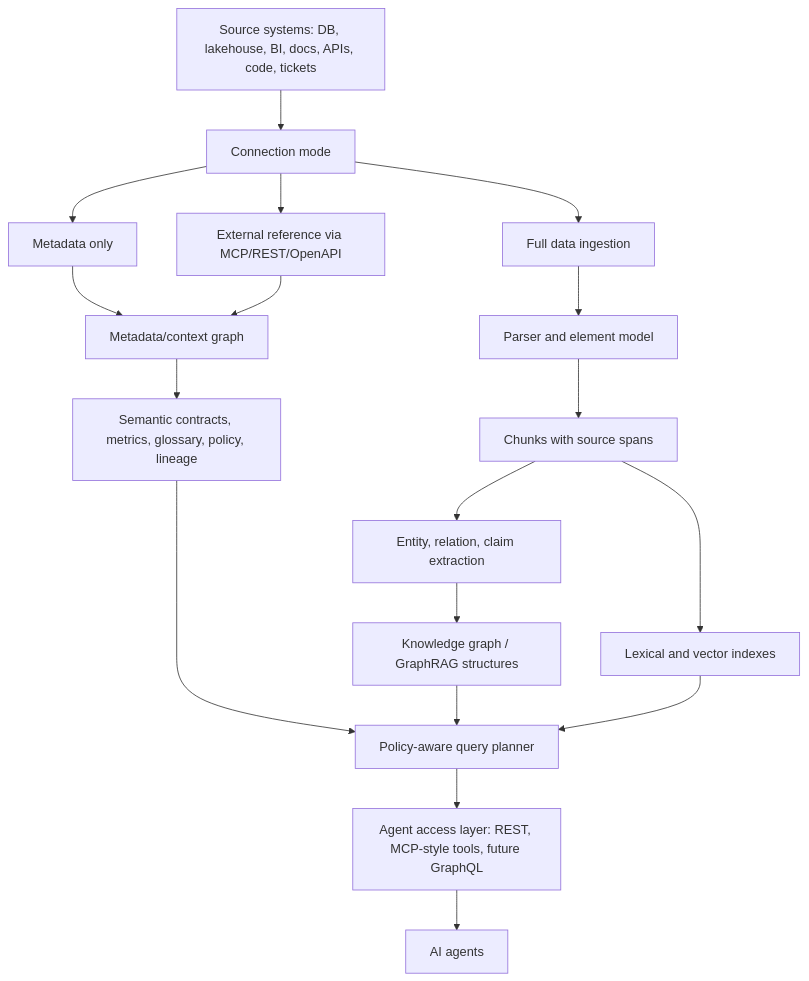
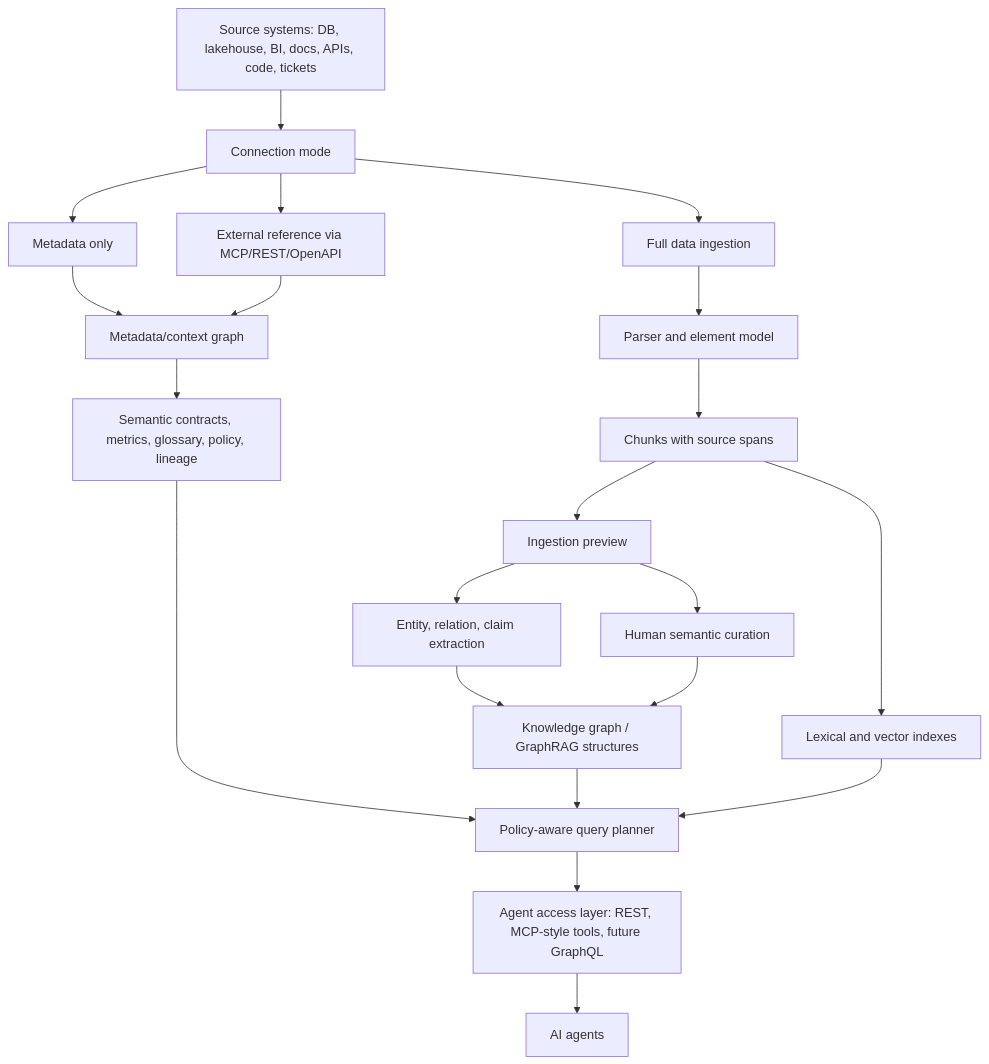
The diagram in docs/architecture.md (aantenore/semantic-junkyard), drawn with Mermaid before and after one commit. The commit also changed other lines of this file and 11 other files, not shown here.

Commit message:
Add semantic curation controls

````diff
--- a/docs/architecture.md
+++ b/docs/architecture.md
@@ -7,20 +7,23 @@
 ```mermaid
 flowchart TB
   A["Source systems: DB, lakehouse, BI, docs, APIs, code, tickets"] --> B["Connection mode"]
   B --> B1["Full data ingestion"]
   B --> B2["Metadata only"]
   B --> B3["External reference via MCP/REST/OpenAPI"]
   B1 --> C["Parser and element model"]
   B2 --> D["Metadata/context graph"]
   B3 --> D
   C --> E["Chunks with source spans"]
-  E --> F["Entity, relation, claim extraction"]
+  E --> P["Ingestion preview"]
+  P --> F["Entity, relation, claim extraction"]
+  P --> Q["Human semantic curation"]
   D --> G["Semantic contracts, metrics, glossary, policy, lineage"]
   F --> H["Knowledge graph / GraphRAG structures"]
+  Q --> H
   E --> I["Lexical and vector indexes"]
   G --> J["Policy-aware query planner"]
   H --> J
   I --> J
   J --> K["Agent access layer: REST, MCP-style tools, future GraphQL"]
   K --> L["AI agents"]
 ```
````
